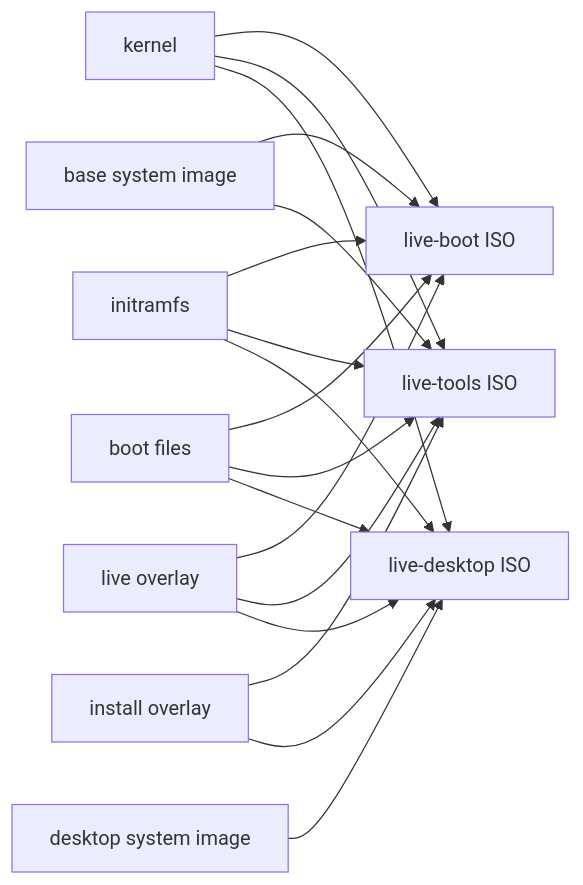
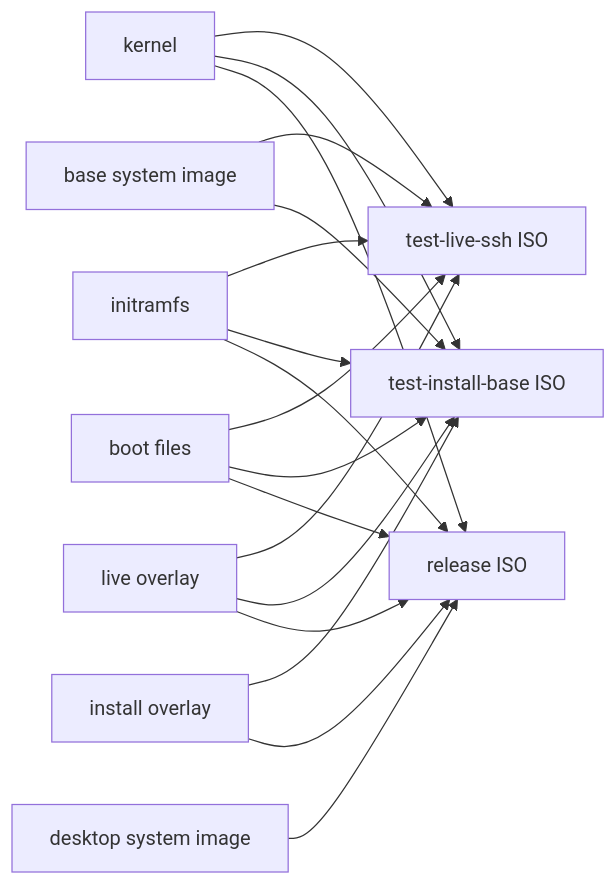
Before and after one commit to LevitateOS/LevitateOS: the first of 2 diagrams in docs/build-redesign.md, drawn with Mermaid. The commit also changed other lines of this file and 26 other files, not shown here.

Commit message:
Rename products to test-*/release, wire recguest+reclogin submodules, add handoff/reclogin/recguest docs

````diff
--- a/docs/build-redesign.md
+++ b/docs/build-redesign.md
@@ -84,10 +84,10 @@
 ```mermaid
 flowchart LR
     K[kernel] --> C1 & C2 & C3
     IR[initramfs] --> C1 & C2 & C3
     BF[boot files] --> C1 & C2 & C3
-    BS[base system image] --> C1[live-boot ISO] & C2[live-tools ISO]
-    DS[desktop system image] --> C3[live-desktop ISO]
+    BS[base system image] --> C1[test-live-ssh ISO] & C2[test-install-base ISO]
+    DS[desktop system image] --> C3[release ISO]
     LO[live overlay] --> C1 & C2 & C3
     IO[install overlay] --> C2 & C3
 ```
````
